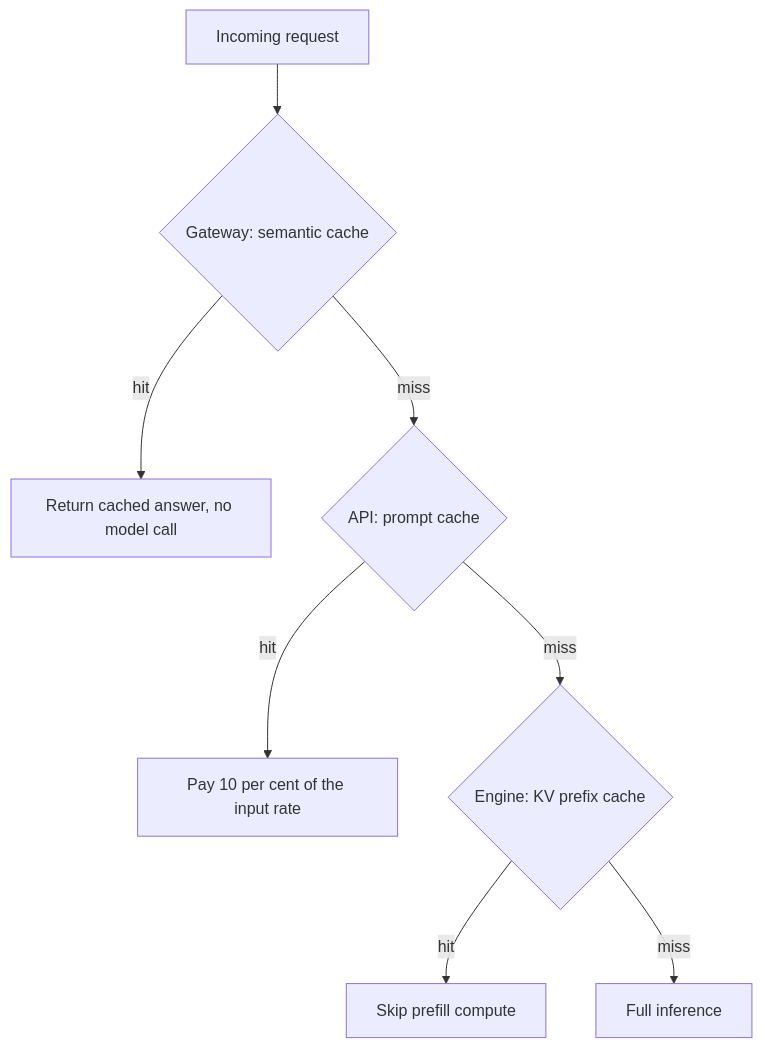
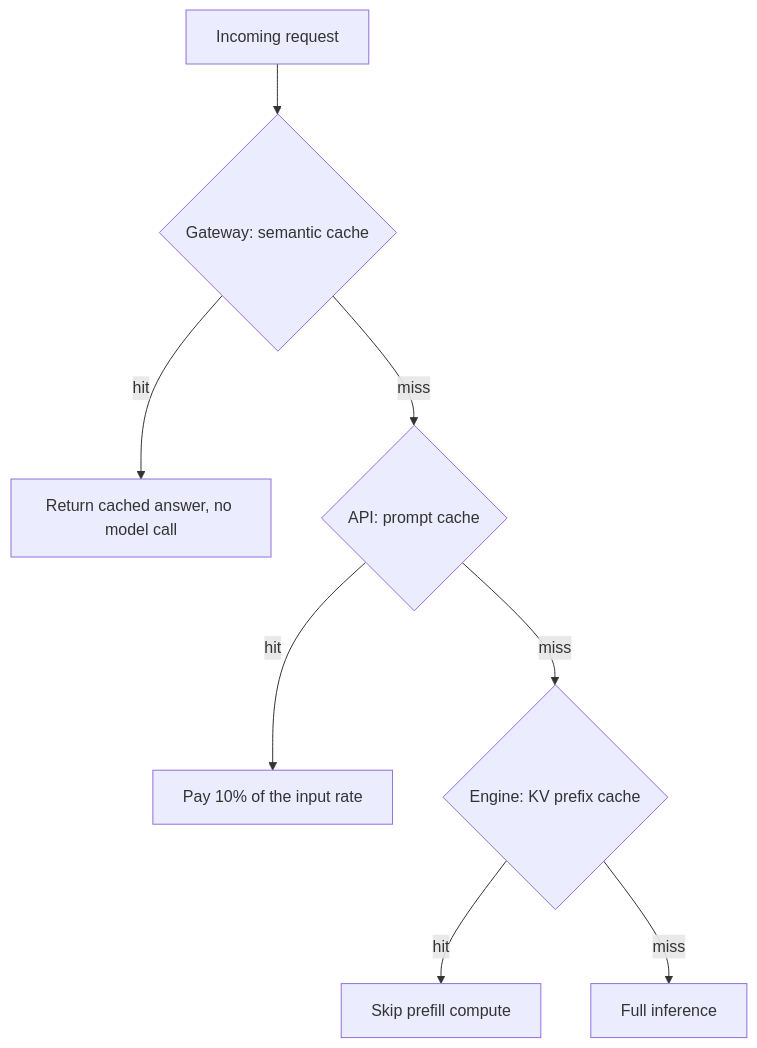
One commit to TarrySingh/tarrysingh-com changed the diagram in content/blog/paying-twice-for-the-same-token.mdx. Above: the diagram before and after it, drawn with Mermaid. The commit also changed other lines of this file and 82 other files, not shown here.

````diff
--- a/content/blog/paying-twice-for-the-same-token.mdx
+++ b/content/blog/paying-twice-for-the-same-token.mdx
@@ -34,11 +34,11 @@
 ```mermaid
 %% caption: A request descends through three caches; only on the third miss does it pay the full price.
 flowchart TD
   A[Incoming request] --> B{Gateway: semantic cache}
   B -- hit --> C[Return cached answer, no model call]
   B -- miss --> D{API: prompt cache}
-  D -- hit --> E[Pay 10 per cent of the input rate]
+  D -- hit --> E[Pay 10% of the input rate]
   D -- miss --> F{Engine: KV prefix cache}
   F -- hit --> G[Skip prefill compute]
   F -- miss --> H[Full inference]
 ```
````
